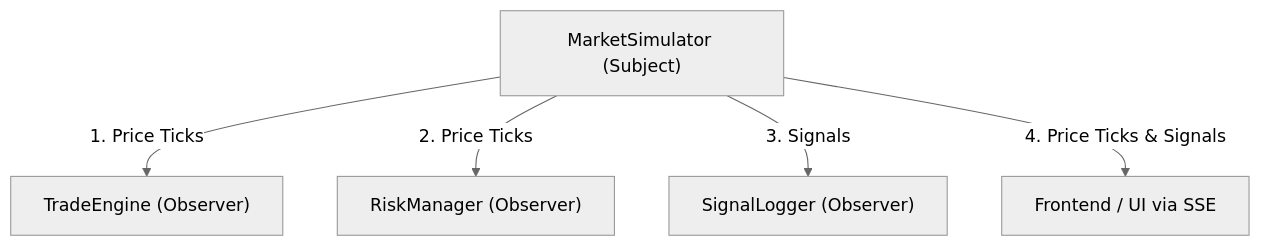
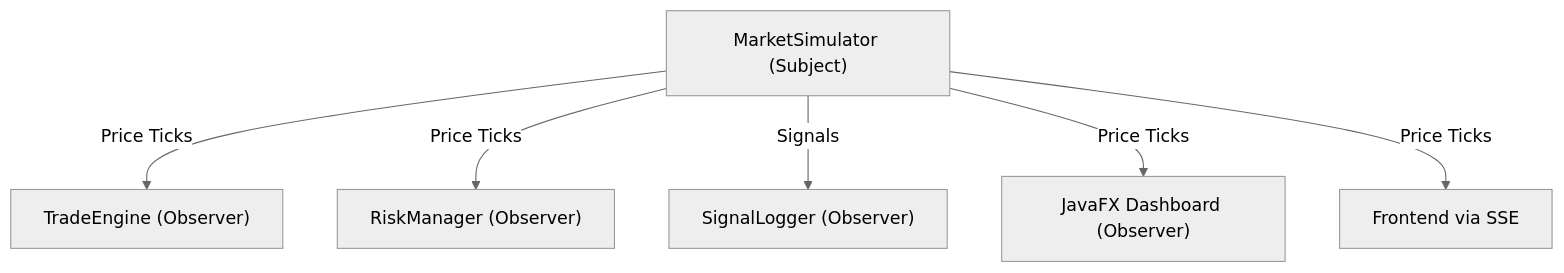
The diagram in StudyGuide.md (swayamsinghbtech2024-cpu/Arthyantra), drawn with Mermaid (neutral theme) before and after one commit. The commit also changed other lines of this file and 1 other file, not shown here.

Commit message:
docs: Update README and Study Guide to include JavaFX desktop application details

````diff
--- a/StudyGuide.md
+++ b/StudyGuide.md
@@ -27,13 +27,15 @@
 ```mermaid
 graph TD
     Subject["MarketSimulator (Subject)"] 
     Obs1["TradeEngine (Observer)"]
     Obs2["RiskManager (Observer)"]
     Obs3["SignalLogger (Observer)"]
-    Obs4["Frontend / UI via SSE"]
+    Obs4["JavaFX Dashboard (Observer)"]
+    Obs5["Frontend via SSE"]
 
-    Subject -->|1. Price Ticks| Obs1
-    Subject -->|2. Price Ticks| Obs2
-    Subject -->|3. Signals| Obs3
-    Subject -->|4. Price Ticks & Signals| Obs4
+    Subject -->|Price Ticks| Obs1
+    Subject -->|Price Ticks| Obs2
+    Subject -->|Signals| Obs3
+    Subject -->|Price Ticks| Obs4
+    Subject -->|Price Ticks| Obs5
 ```
````
